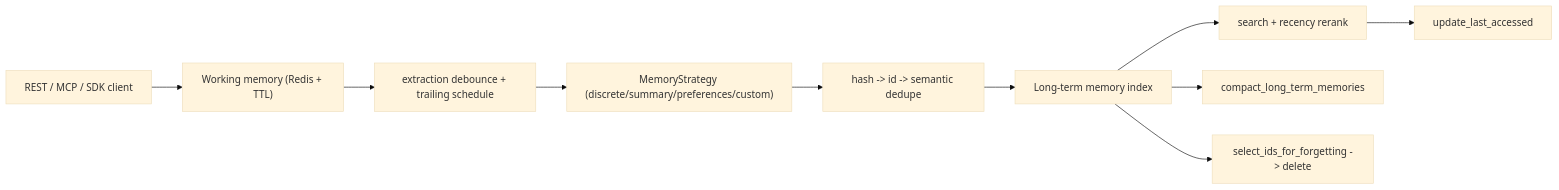
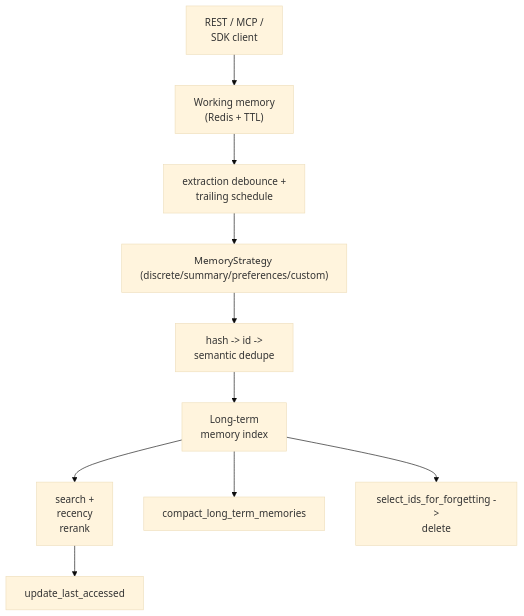
Before and after one commit to neoneye/agent-memory-atlas: the diagram in content/systems/redis-agent-memory-server.md, drawn with Mermaid (base theme). The commit also changed 99 other files, not shown here.

First line of the commit message:
Reshape the remaining 49 diagrams so their labels are legible

````diff
--- a/content/systems/redis-agent-memory-server.md
+++ b/content/systems/redis-agent-memory-server.md
@@ -93,12 +93,12 @@
 ```mermaid
-flowchart LR
-  Client["REST / MCP / SDK client"] --> WM["Working memory (Redis + TTL)"]
-  WM --> Debounce["extraction debounce + trailing schedule"]
+flowchart TD
+  Client["REST / MCP /<br/>SDK client"] --> WM["Working memory<br/>(Redis + TTL)"]
+  WM --> Debounce["extraction debounce +<br/>trailing schedule"]
   Debounce --> Strategy["MemoryStrategy (discrete/summary/preferences/custom)"]
-  Strategy --> Dedup["hash -> id -> semantic dedupe"]
-  Dedup --> LTM["Long-term memory index"]
-  LTM --> Search["search + recency rerank"]
+  Strategy --> Dedup["hash -> id -><br/>semantic dedupe"]
+  Dedup --> LTM["Long-term<br/>memory index"]
+  LTM --> Search["search +<br/>recency<br/>rerank"]
   Search --> Access["update_last_accessed"]
   LTM --> Compact["compact_long_term_memories"]
-  LTM --> Forget["select_ids_for_forgetting -> delete"]
+  LTM --> Forget["select_ids_for_forgetting -><br/>delete"]
 ```
````
